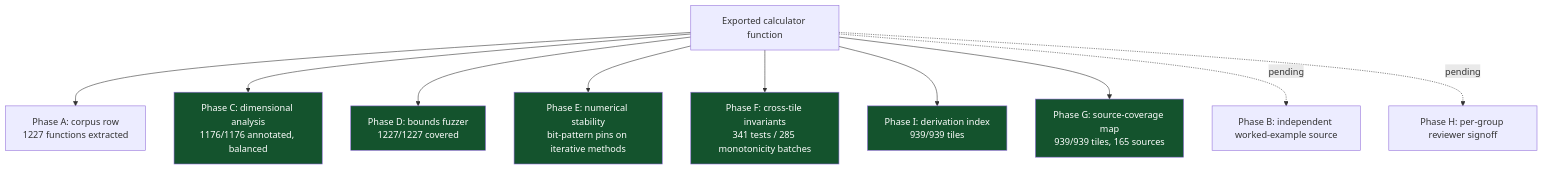
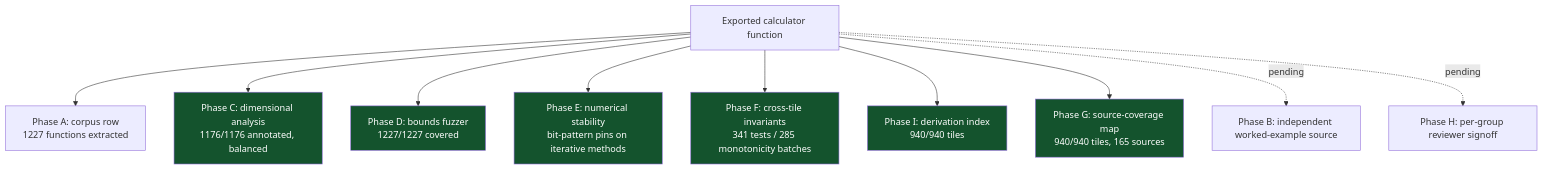
One commit to clay-good/roughlogic.com changed the sixth of 8 diagrams in README.md. Above: the diagram before and after it, drawn with Mermaid. The commit also changed other lines of this file and 18 other files, not shown here.

````diff
--- a/README.md
+++ b/README.md
@@ -519,18 +519,18 @@
 ```mermaid
 flowchart TB
     F[Exported calculator function] --> A[Phase A: corpus row\n1227 functions extracted]
     F --> C[Phase C: dimensional analysis\n1176/1176 annotated, balanced]
     F --> D[Phase D: bounds fuzzer\n1227/1227 covered]
     F --> E[Phase E: numerical stability\nbit-pattern pins on iterative methods]
     F --> Fa[Phase F: cross-tile invariants\n341 tests / 285 monotonicity batches]
-    F --> I[Phase I: derivation index\n939/939 tiles]
-    F --> G[Phase G: source-coverage map\n939/939 tiles, 165 sources]
+    F --> I[Phase I: derivation index\n940/940 tiles]
+    F --> G[Phase G: source-coverage map\n940/940 tiles, 165 sources]
     F -.pending.-> B[Phase B: independent worked-example source]
     F -.pending.-> H[Phase H: per-group reviewer signoff]
     style C fill:#14532d,color:#fff
     style D fill:#14532d,color:#fff
     style E fill:#14532d,color:#fff
     style Fa fill:#14532d,color:#fff
     style G fill:#14532d,color:#fff
     style I fill:#14532d,color:#fff
 ```
````
